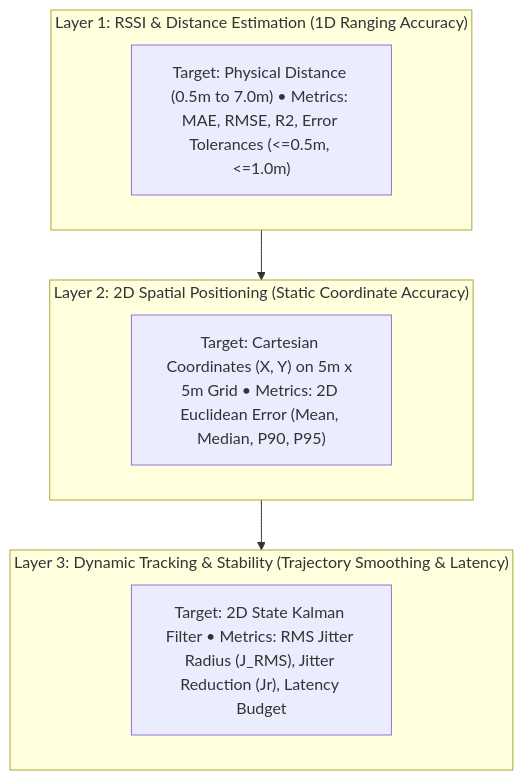
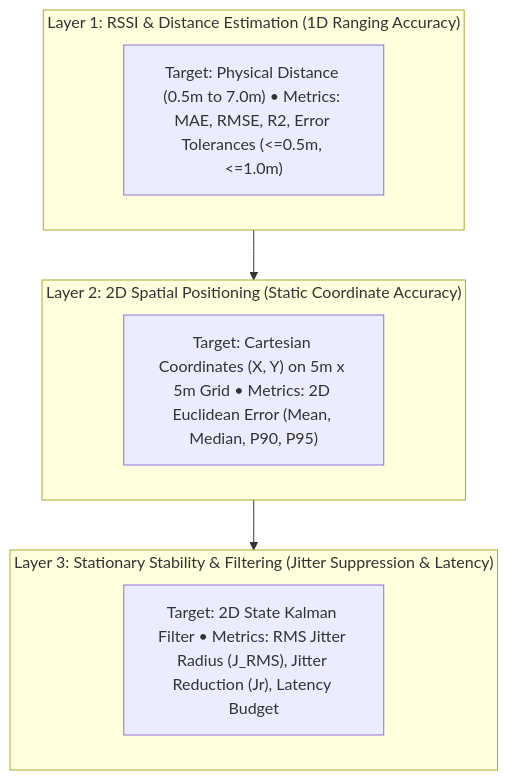
Before and after one commit to tafabande/ble-locater: the first of 8 diagrams in documentation docs/Chapter_3_Research_Methodology.md, drawn with Mermaid. The commit also changed other lines of this file and 10 other files, not shown here.

````diff
--- a/documentation docs/Chapter_3_Research_Methodology.md
+++ b/documentation docs/Chapter_3_Research_Methodology.md
@@ -65,17 +66,17 @@
 ```mermaid
 flowchart TD
     subgraph Layer1 ["Layer 1: RSSI & Distance Estimation (1D Ranging Accuracy)"]
         L1_DESC["Target: Physical Distance (0.5m to 7.0m) • Metrics: MAE, RMSE, R2, Error Tolerances (<=0.5m, <=1.0m)"]
     end
 
     subgraph Layer2 ["Layer 2: 2D Spatial Positioning (Static Coordinate Accuracy)"]
         L2_DESC["Target: Cartesian Coordinates (X, Y) on 5m x 5m Grid • Metrics: 2D Euclidean Error (Mean, Median, P90, P95)"]
     end
 
-    subgraph Layer3 ["Layer 3: Dynamic Tracking & Stability (Trajectory Smoothing & Latency)"]
+    subgraph Layer3 ["Layer 3: Stationary Stability & Filtering (Jitter Suppression & Latency)"]
         L3_DESC["Target: 2D State Kalman Filter • Metrics: RMS Jitter Radius (J_RMS), Jitter Reduction (Jr), Latency Budget"]
     end
 
     Layer1 --> Layer2
     Layer2 --> Layer3
 ```
````
